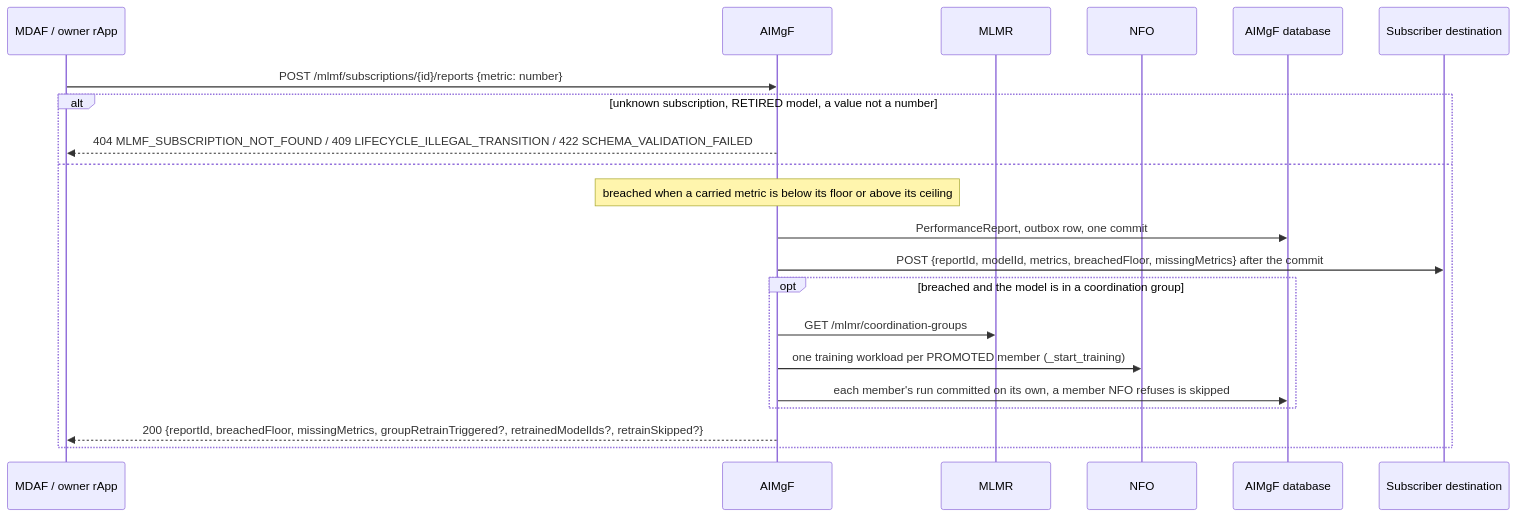
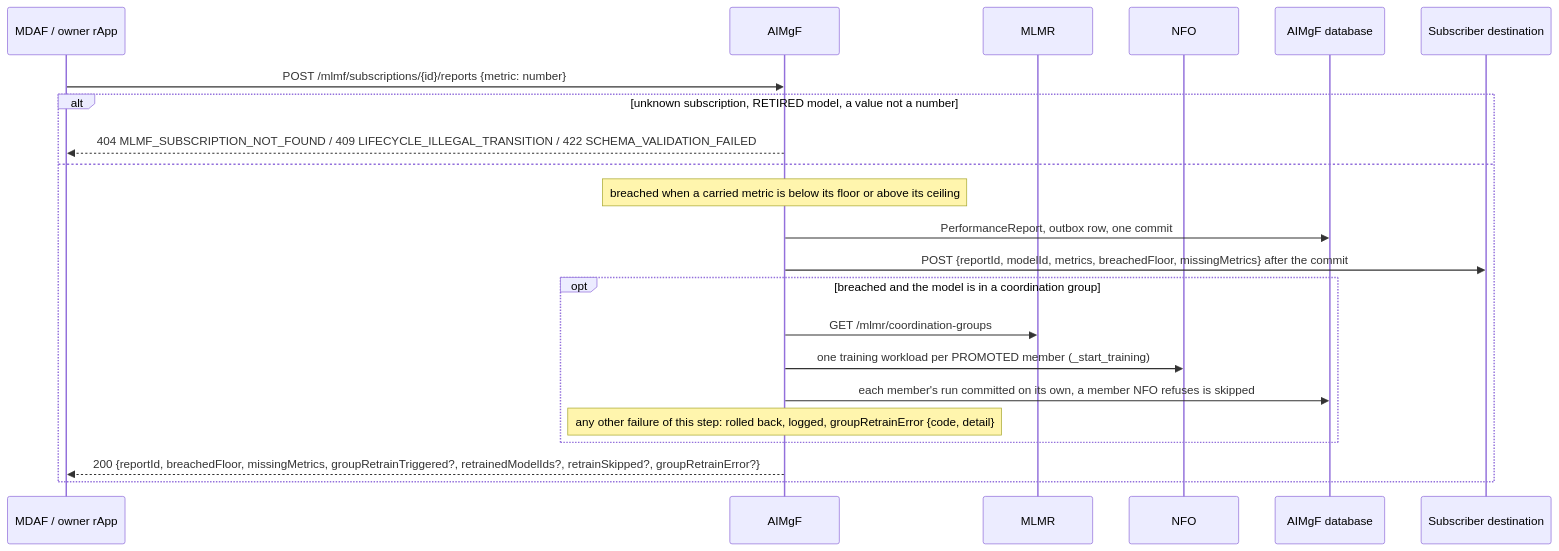
One commit to rsys-bshankar/ai-ran-smo changed the fourth of 6 diagrams in smo/aimgf/docs/lifecycle.md. Above: the diagram before and after it, drawn with Mermaid. The commit also changed other lines of this file and 15 other files, not shown here.

First line of the commit message:
AIMgF: a stored MLMF report answers 200 whatever its group retrain does (MLMF-REPORT-REPLAY)

````diff
--- a/smo/aimgf/docs/lifecycle.md
+++ b/smo/aimgf/docs/lifecycle.md
@@ -137,24 +137,25 @@
 ```mermaid
 sequenceDiagram
     participant P as MDAF / owner rApp
     participant A as AIMgF
     participant M as MLMR
     participant N as NFO
     participant DB as AIMgF database
     participant S as Subscriber destination
 
     P->>A: POST /mlmf/subscriptions/{id}/reports {metric: number}
     alt unknown subscription, RETIRED model, a value not a number
         A-->>P: 404 MLMF_SUBSCRIPTION_NOT_FOUND / 409 LIFECYCLE_ILLEGAL_TRANSITION / 422 SCHEMA_VALIDATION_FAILED
     else
         Note over A: breached when a carried metric is below its floor or above its ceiling
         A->>DB: PerformanceReport, outbox row, one commit
         A->>S: POST {reportId, modelId, metrics, breachedFloor, missingMetrics} after the commit
         opt breached and the model is in a coordination group
             A->>M: GET /mlmr/coordination-groups
             A->>N: one training workload per PROMOTED member (_start_training)
             A->>DB: each member's run committed on its own, a member NFO refuses is skipped
+            Note over A: any other failure of this step: rolled back, logged, groupRetrainError {code, detail}
         end
-        A-->>P: 200 {reportId, breachedFloor, missingMetrics, groupRetrainTriggered?, retrainedModelIds?, retrainSkipped?}
+        A-->>P: 200 {reportId, breachedFloor, missingMetrics, groupRetrainTriggered?, retrainedModelIds?, retrainSkipped?, groupRetrainError?}
     end
 ```
````
